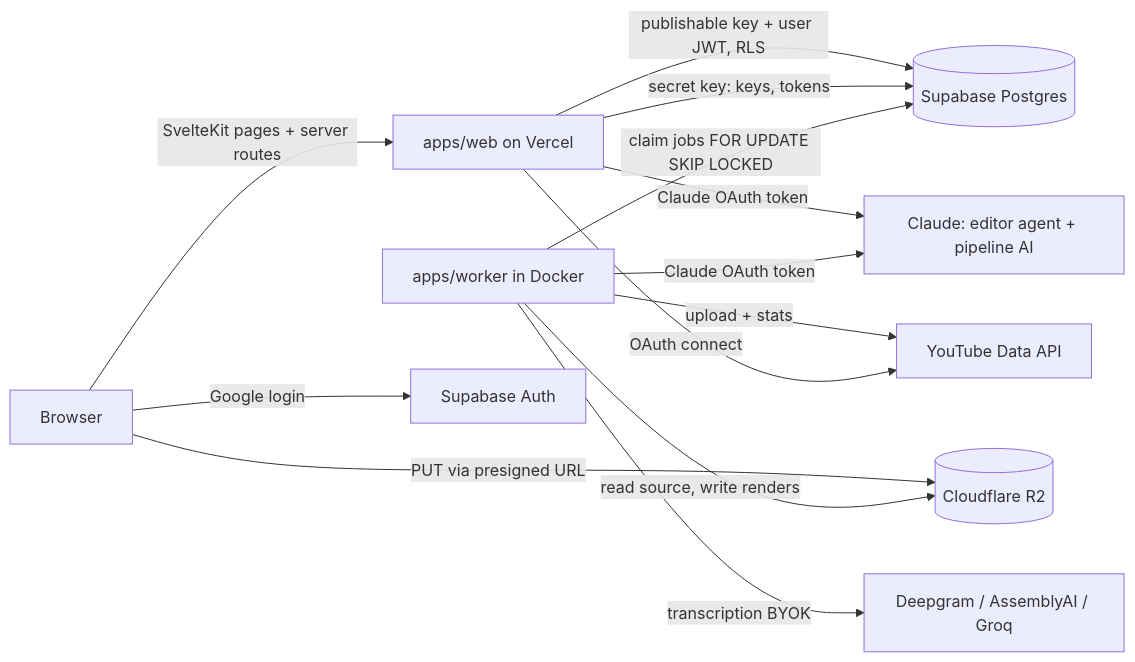
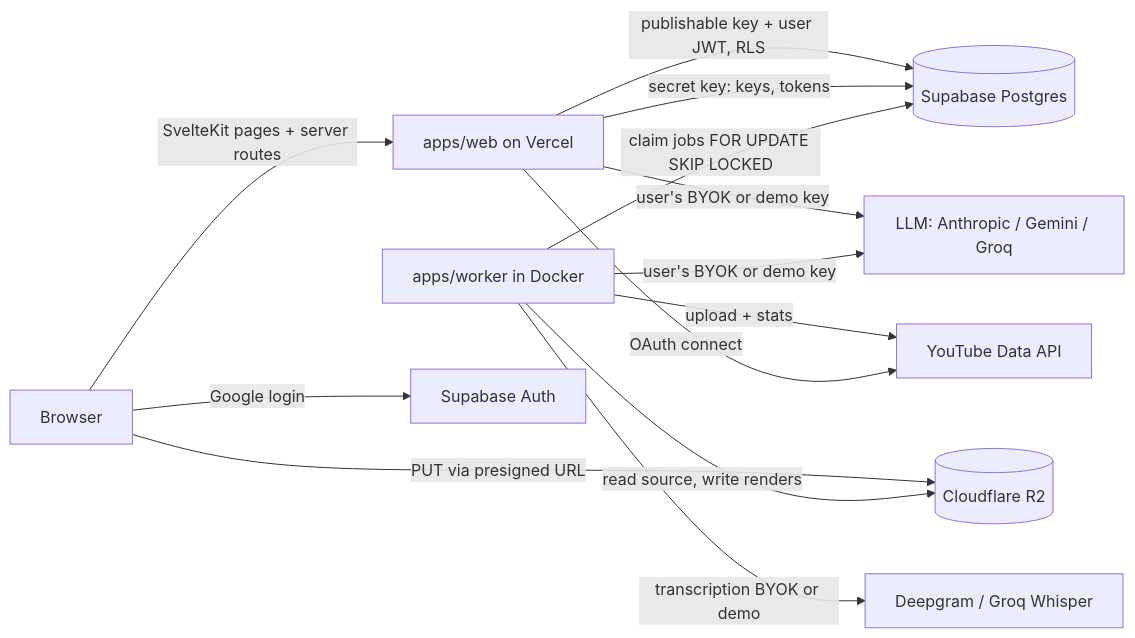
The diagram in docs/architecture.md (legitbeep/content-pilot), drawn with Mermaid before and after one commit. The commit also changed other lines of this file and 1 other file, not shown here.

Commit message:
docs: sync after plan-llm merge

````diff
--- a/docs/architecture.md
+++ b/docs/architecture.md
@@ -12,15 +12,15 @@
 ```mermaid
 flowchart LR
   B[Browser] -->|SvelteKit pages + server routes| W[apps/web on Vercel]
   B -->|PUT via presigned URL| R2[(Cloudflare R2)]
   W -->|publishable key + user JWT, RLS| DB[(Supabase Postgres)]
   W -->|secret key: keys, tokens| DB
-  W -->|Claude OAuth token| A[Claude: editor agent + pipeline AI]
-  K -->|Claude OAuth token| A
+  W -->|user's BYOK or demo key| A[LLM: Anthropic / Gemini / Groq]
+  K -->|user's BYOK or demo key| A
   K[apps/worker in Docker] -->|claim jobs FOR UPDATE SKIP LOCKED| DB
   K -->|read source, write renders| R2
-  K -->|transcription BYOK| T[Deepgram / AssemblyAI / Groq]
+  K -->|transcription BYOK or demo| T[Deepgram / Groq Whisper]
   K -->|upload + stats| Y[YouTube Data API]
   W -->|OAuth connect| Y
   B -->|Google login| S[Supabase Auth]
 ```
````
